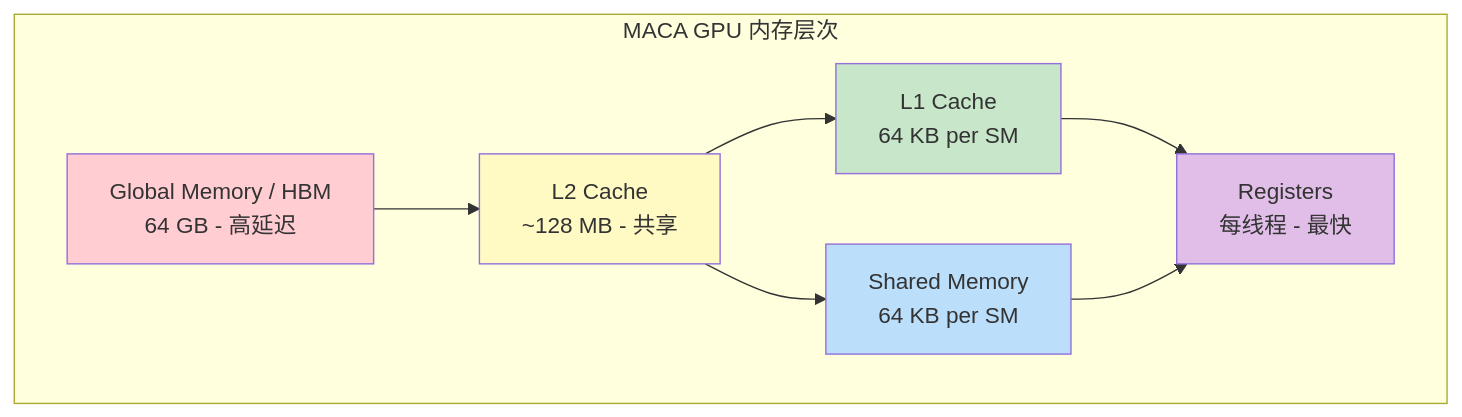
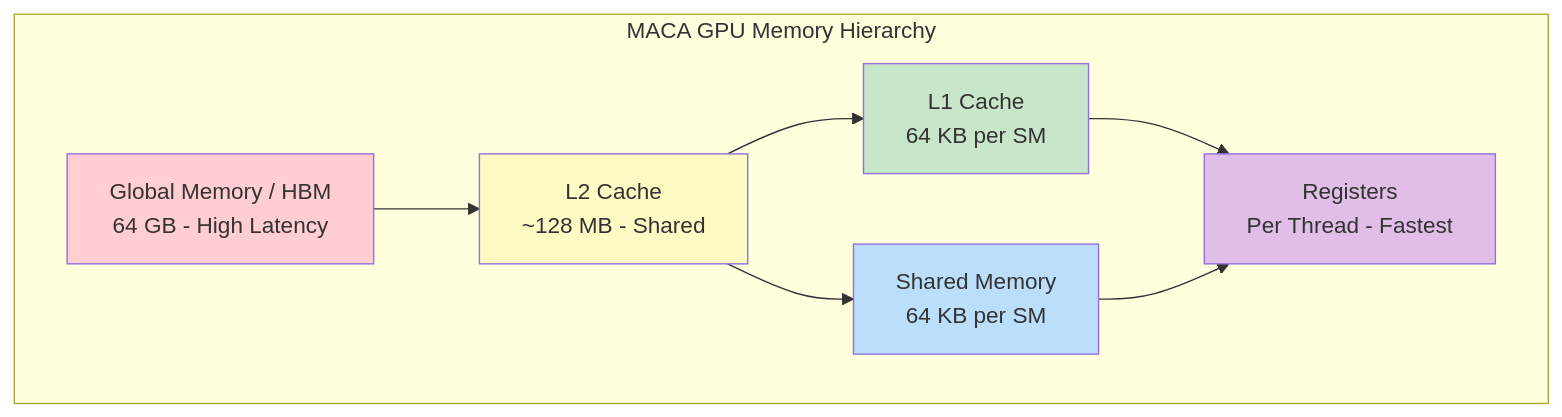
The second of 2 diagrams in docs/maca_complete_guide.md (chenxingqiang/YiRage), drawn with Mermaid before and after one commit. The commit also changed other lines of this file and 4 other files, not shown here.

````diff
--- a/docs/maca_complete_guide.md
+++ b/docs/maca_complete_guide.md
@@ -744,20 +744,20 @@
 ```mermaid
 graph TB
-    subgraph "MACA GPU 内存层次"
-        A[Global Memory / HBM<br/>64 GB - 高延迟]
-        B[L2 Cache<br/>~128 MB - 共享]
+    subgraph "MACA GPU Memory Hierarchy"
+        A[Global Memory / HBM<br/>64 GB - High Latency]
+        B[L2 Cache<br/>~128 MB - Shared]
         C[L1 Cache<br/>64 KB per SM]
         D[Shared Memory<br/>64 KB per SM]
-        E[Registers<br/>每线程 - 最快]
+        E[Registers<br/>Per Thread - Fastest]
     end
 
     A --> B
     B --> C & D
     C & D --> E
 
     style A fill:#ffcdd2
     style B fill:#fff9c4
     style C fill:#c8e6c9
     style D fill:#bbdefb
     style E fill:#e1bee7
 ```
````
